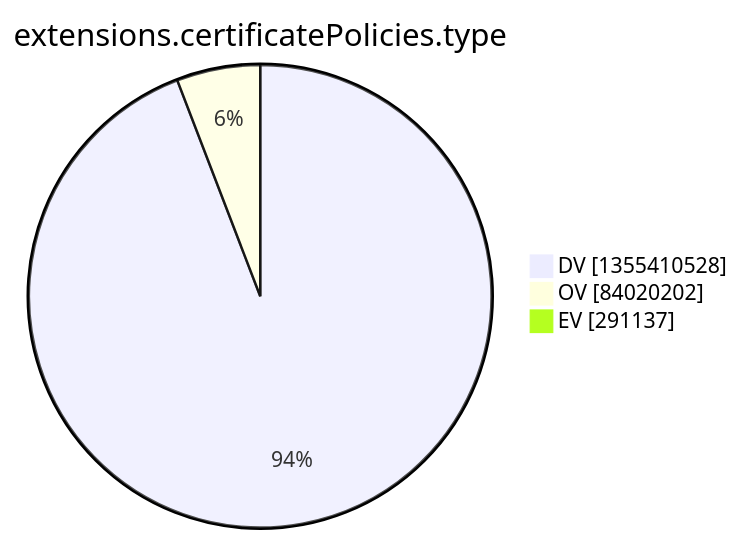
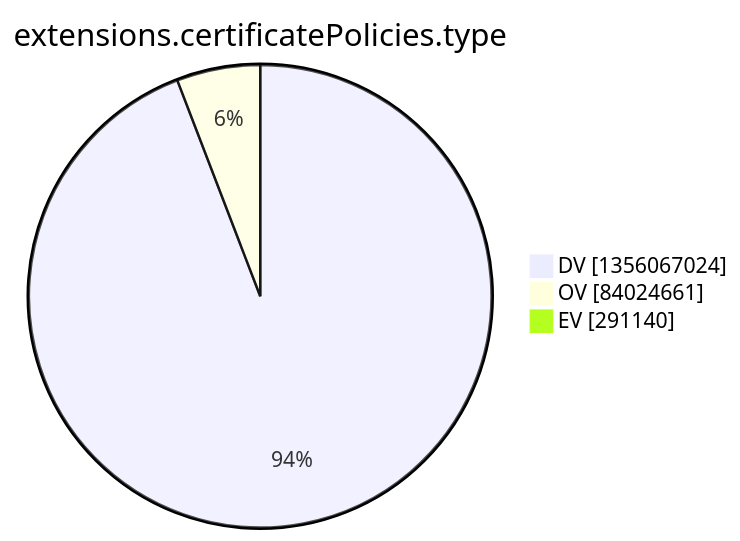
Before and after one commit to christiankrug/ctmonitor_visualization: the tenth of 15 diagrams in argon2022/README.md, drawn with Mermaid. The commit also changed other lines of this file, not shown here.

````diff
--- a/argon2022/README.md
+++ b/argon2022/README.md
@@ -2773,7 +2773,7 @@
 ```mermaid
 pie showData
 title extensions.certificatePolicies.type
-"DV" :1355410528
-"OV" :84020202
-"EV" :291137
+"DV" :1356067024
+"OV" :84024661
+"EV" :291140
 ```
````
